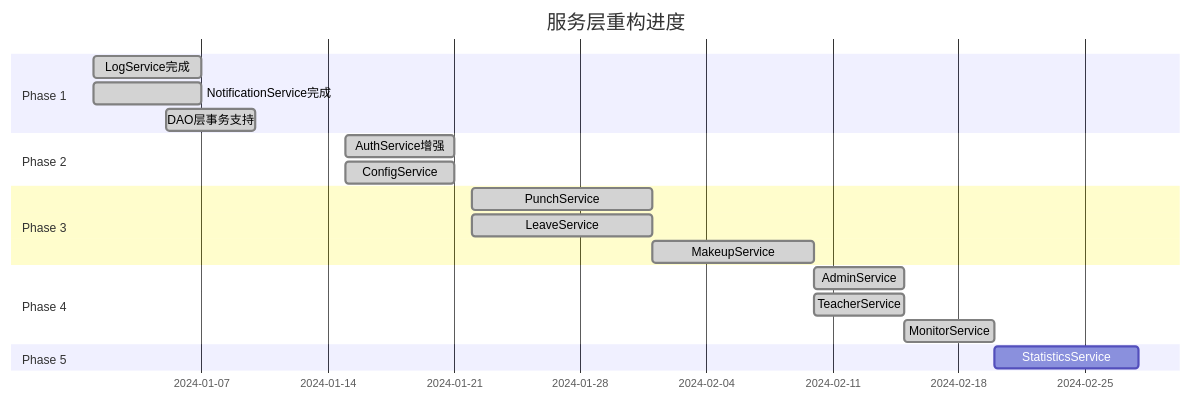
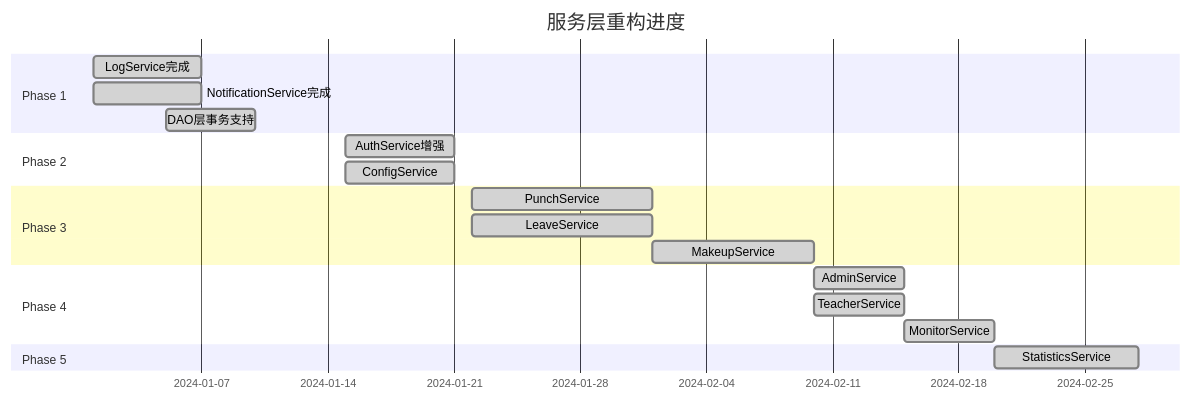
The seventh of 18 diagrams in README.md (cchharrmmmmyyy/class-checkin-wxapp), drawn with Mermaid before and after one commit. The commit also changed other lines of this file and 3 other files, not shown here.

Commit message:
Phase 5 开发完成：添加 StatisticsService 服务

````diff
--- a/README.md
+++ b/README.md
@@ -368,22 +368,22 @@
 ```mermaid
 gantt
     title 服务层重构进度
     dateFormat YYYY-MM-DD
     section Phase 1
     LogService完成          :done, 2024-01-01, 2024-01-07
     NotificationService完成  :done, 2024-01-01, 2024-01-07
     DAO层事务支持           :done, 2024-01-05, 2024-01-10
     section Phase 2
     AuthService增强         :done, 2024-01-15, 2024-01-21
     ConfigService          :done, 2024-01-15, 2024-01-21
     section Phase 3
     PunchService           :done, 2024-01-22, 2024-02-01
     LeaveService           :done, 2024-01-22, 2024-02-01
     MakeupService          :done, 2024-02-01, 2024-02-10
     section Phase 4
     AdminService           :done, 2024-02-10, 2024-02-15
     TeacherService          :done, 2024-02-10, 2024-02-15
     MonitorService         :done, 2024-02-15, 2024-02-20
     section Phase 5
-    StatisticsService      :todo, 2024-02-20, 2024-02-28
+    StatisticsService      :done, 2024-02-20, 2024-02-28
 ```
````
